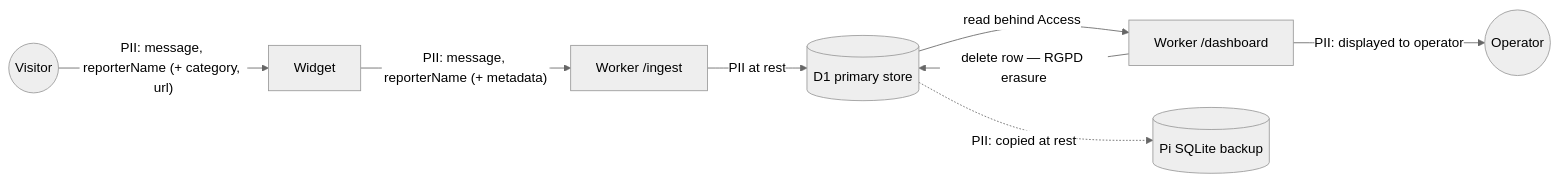
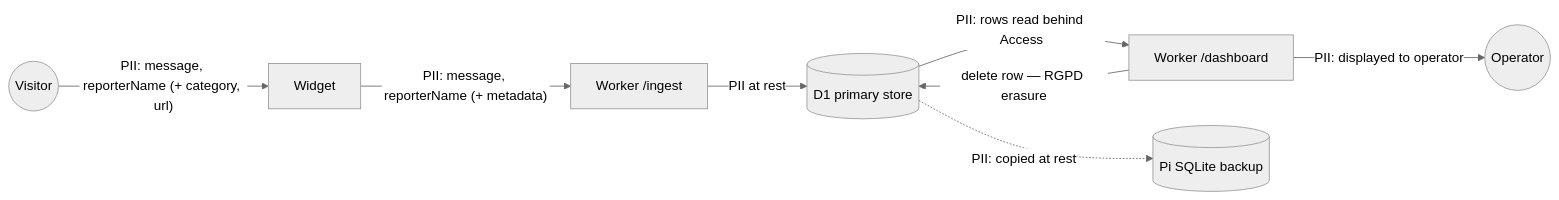
One commit to benoit-bremaud/feedback-widget changed the diagram in docs/architecture/diagrams/feedback-dashboard/06-data-flow.md. Above: the diagram before and after it, drawn with Mermaid (neutral theme). The commit also changed 9 other files, not shown here.

First line of the commit message:
docs(architecture): reconcile pipeline docs with edge-centric pivot (#54)

````diff
--- a/docs/architecture/diagrams/feedback-dashboard/06-data-flow.md
+++ b/docs/architecture/diagrams/feedback-dashboard/06-data-flow.md
@@ -15,10 +15,10 @@
 ```mermaid
 flowchart LR
   Visitor((Visitor)) -->|"PII: message, reporterName (+ category, url)"| W[Widget]
   W -->|"PII: message, reporterName (+ metadata)"| CF[Worker /ingest]
   CF -->|"PII at rest"| D1[(D1 primary store)]
-  D1 -->|read behind Access| Dash[Worker /dashboard]
+  D1 -->|"PII: rows read behind Access"| Dash[Worker /dashboard]
   Dash -->|"PII: displayed to operator"| Operator((Operator))
   D1 -.->|"PII: copied at rest"| Backup[(Pi SQLite backup)]
   Dash -->|delete row — RGPD erasure| D1
 ```
````
